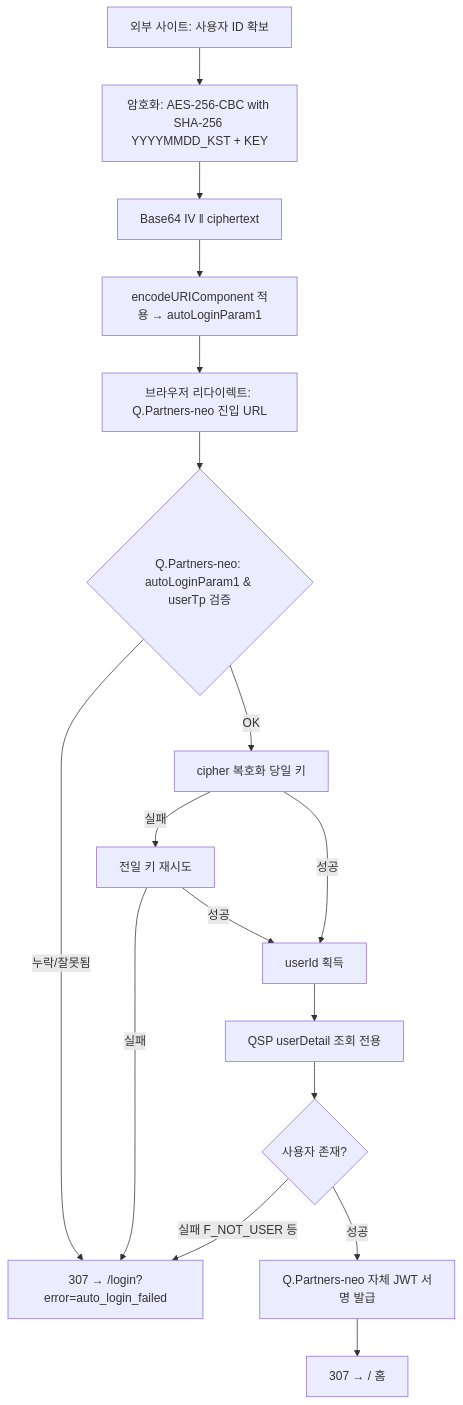
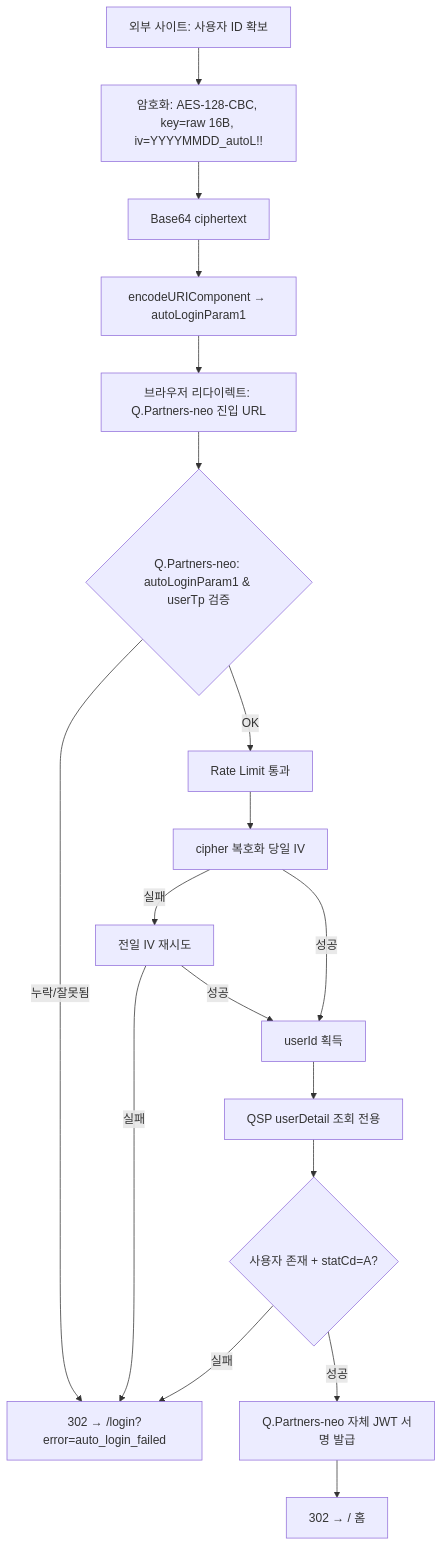
One commit to nalpari/qpartners-neo changed the diagram in docs/auto-login-inbound-guide.md. Above: the diagram before and after it, drawn with Mermaid. The commit also changed other lines of this file and 9 other files, not shown here.

````diff
--- a/docs/auto-login-inbound-guide.md
+++ b/docs/auto-login-inbound-guide.md
@@ -200,21 +242,22 @@
 ```mermaid
 flowchart TD
-    A[외부 사이트: 사용자 ID 확보] --> B[암호화: AES-256-CBC with SHA-256 YYYYMMDD_KST + KEY]
-    B --> C["Base64 IV ‖ ciphertext"]
-    C --> D["encodeURIComponent 적용 → autoLoginParam1"]
+    A[외부 사이트: 사용자 ID 확보] --> B[암호화: AES-128-CBC, key=raw 16B, iv=YYYYMMDD_autoL!!]
+    B --> C[Base64 ciphertext]
+    C --> D["encodeURIComponent → autoLoginParam1"]
     D --> E[브라우저 리다이렉트: Q.Partners-neo 진입 URL]
 
     E --> F{Q.Partners-neo: autoLoginParam1 & userTp 검증}
-    F -- 누락/잘못됨 --> X[307 → /login?error=auto_login_failed]
-    F -- OK --> G[cipher 복호화 당일 키]
-    G -- 실패 --> H[전일 키 재시도]
+    F -- 누락/잘못됨 --> X[302 → /login?error=auto_login_failed]
+    F -- OK --> R[Rate Limit 통과]
+    R --> G[cipher 복호화 당일 IV]
+    G -- 실패 --> H[전일 IV 재시도]
     H -- 실패 --> X
     G -- 성공 --> I[userId 획득]
     H -- 성공 --> I
 
     I --> J[QSP userDetail 조회 전용]
-    J --> K{사용자 존재?}
-    K -- 실패 F_NOT_USER 등 --> X
+    J --> K{사용자 존재 + statCd=A?}
+    K -- 실패 --> X
     K -- 성공 --> L[Q.Partners-neo 자체 JWT 서명 발급]
-    L --> M[307 → / 홈]
+    L --> M[302 → / 홈]
 ```
````
